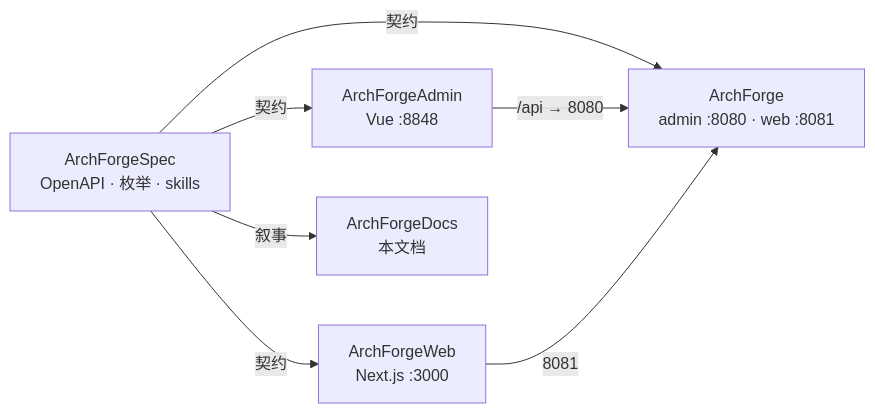
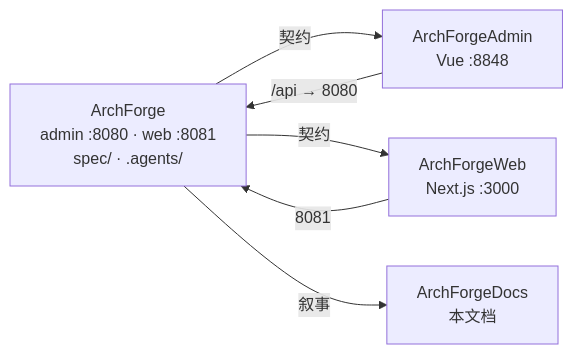
Before and after one commit to sofn/ArchForgeDocs: the diagram in docs/zh/index.md, drawn with Mermaid. The commit also changed other lines of this file and 37 other files, not shown here.

````diff
--- a/docs/zh/index.md
+++ b/docs/zh/index.md
@@ -38,14 +38,12 @@
 ```mermaid
 flowchart LR
-  Spec["ArchForgeSpec<br/>OpenAPI · 枚举 · skills"]
-  Backend["ArchForge<br/>admin :8080 · web :8081"]
+  Backend["ArchForge<br/>admin :8080 · web :8081<br/>spec/ · .agents/"]
   Admin["ArchForgeAdmin<br/>Vue :8848"]
   Web["ArchForgeWeb<br/>Next.js :3000"]
   Docs["ArchForgeDocs<br/>本文档"]
-  Spec -->|契约| Backend
-  Spec -->|契约| Admin
-  Spec -->|契约| Web
-  Spec -->|叙事| Docs
+  Backend -->|契约| Admin
+  Backend -->|契约| Web
+  Backend -->|叙事| Docs
   Admin -->|/api → 8080| Backend
   Web -->|8081| Backend
 ```
````
